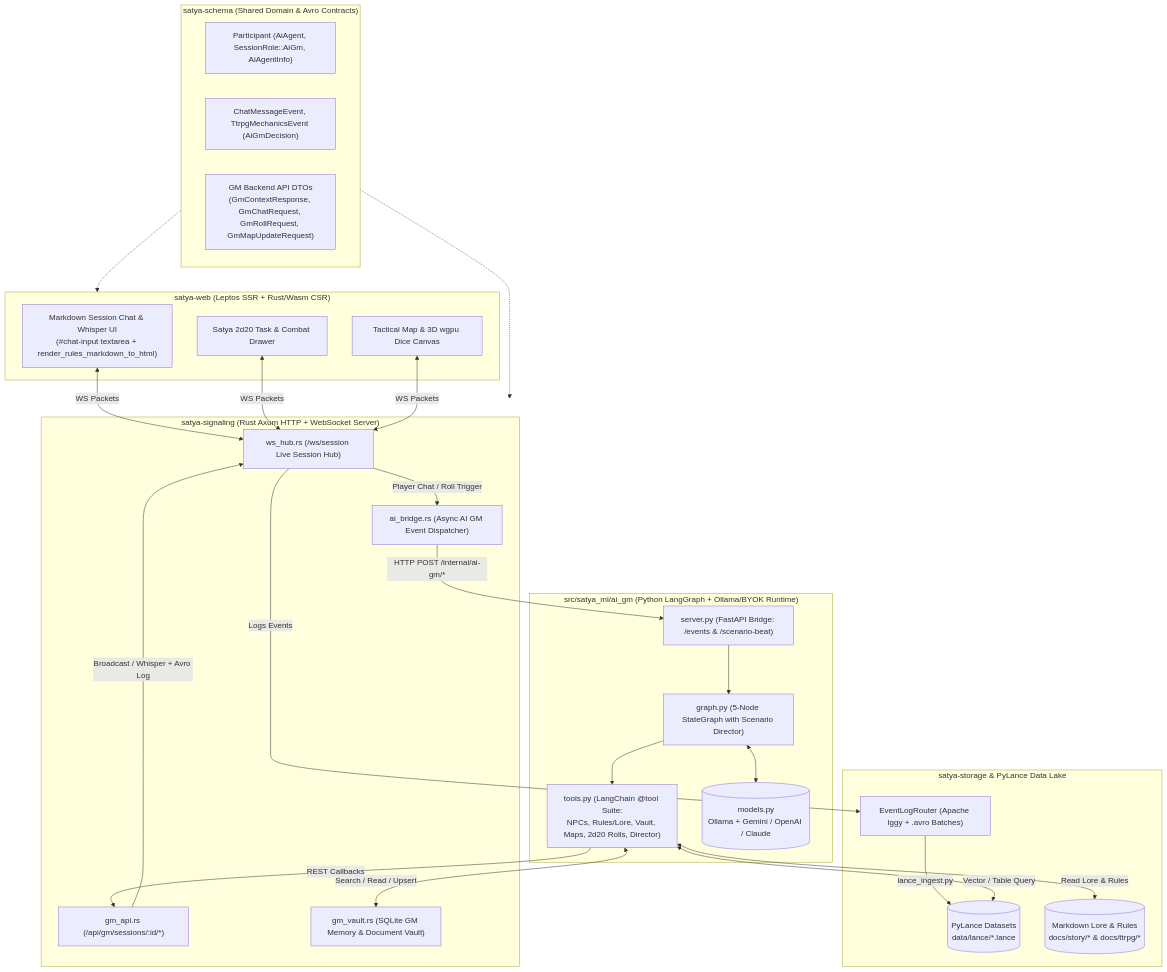
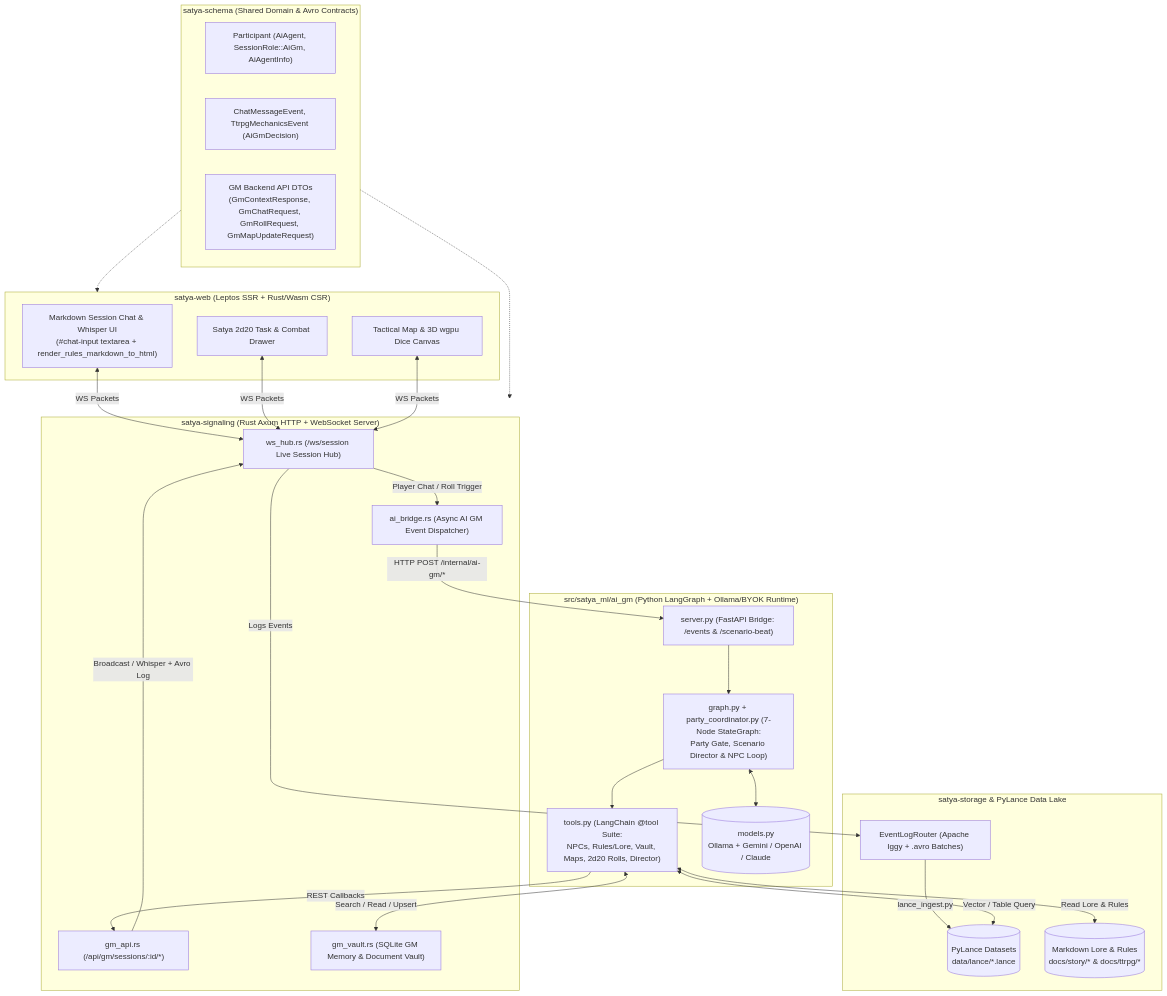
One commit to rarebreed/satya changed the first of 3 diagrams in docs/technical/ai-gm-agent-design.md. Above: the diagram before and after it, drawn with Mermaid. The commit also changed other lines of this file and 9 other files, not shown here.

````diff
--- a/docs/technical/ai-gm-agent-design.md
+++ b/docs/technical/ai-gm-agent-design.md
@@ -54,52 +55,52 @@
 ```mermaid
 flowchart TD
     subgraph Client["satya-web (Leptos SSR + Rust/Wasm CSR)"]
         ChatUI["Markdown Session Chat & Whisper UI\n(#chat-input textarea + render_rules_markdown_to_html)"]
         RollUI["Satya 2d20 Task & Combat Drawer"]
         MapUI["Tactical Map & 3D wgpu Dice Canvas"]
     end
 
     subgraph Contracts["satya-schema (Shared Domain & Avro Contracts)"]
         ParticipantType["Participant (AiAgent, SessionRole::AiGm, AiAgentInfo)"]
         Events["ChatMessageEvent, TtrpgMechanicsEvent (AiGmDecision)"]
         GmDTOs["GM Backend API DTOs\n(GmContextResponse, GmChatRequest, GmRollRequest, GmMapUpdateRequest)"]
     end
 
     subgraph Signaling["satya-signaling (Rust Axum HTTP + WebSocket Server)"]
         WsHub["ws_hub.rs (/ws/session Live Session Hub)"]
         GmApi["gm_api.rs (/api/gm/sessions/:id/*)"]
         GmVault["gm_vault.rs (SQLite GM Memory & Document Vault)"]
         EventBridge["ai_bridge.rs (Async AI GM Event Dispatcher)"]
     end
 
     subgraph Storage["satya-storage & PyLance Data Lake"]
         AvroSink["EventLogRouter (Apache Iggy + .avro Batches)"]
         LanceDB[("PyLance Datasets\ndata/lance/*.lance")]
         LoreDocs[("Markdown Lore & Rules\ndocs/story/* & docs/ttrpg/*")]
     end
 
     subgraph AiGmService["src/satya_ml/ai_gm (Python LangGraph + Ollama/BYOK Runtime)"]
         FastAPI["server.py (FastAPI Bridge: /events & /scenario-beat)"]
-        Graph["graph.py (5-Node StateGraph with Scenario Director)"]
+        Graph["graph.py + party_coordinator.py (7-Node StateGraph:\nParty Gate, Scenario Director & NPC Loop)"]
         Tools["tools.py (LangChain @tool Suite:\nNPCs, Rules/Lore, Vault, Maps, 2d20 Rolls, Director)"]
         Models[("models.py\nOllama + Gemini / OpenAI / Claude")]
     end
 
     ChatUI <-->|"WS Packets"| WsHub
     RollUI <-->|"WS Packets"| WsHub
     MapUI <-->|"WS Packets"| WsHub
     WsHub -->|"Logs Events"| AvroSink
     AvroSink -->|"lance_ingest.py"| LanceDB
     WsHub -->|"Player Chat / Roll Trigger"| EventBridge
     EventBridge -->|"HTTP POST /internal/ai-gm/*"| FastAPI
     FastAPI --> Graph
     Graph <--> Models
     Graph --> Tools
     Tools <-->|"Read Lore & Rules"| LoreDocs
     Tools <-->|"Vector / Table Query"| LanceDB
     Tools <-->|"Search / Read / Upsert"| GmVault
     Tools -->|"REST Callbacks"| GmApi
     GmApi -->|"Broadcast / Whisper + Avro Log"| WsHub
     Contracts -.-> Client
     Contracts -.-> Signaling
 ```
````
